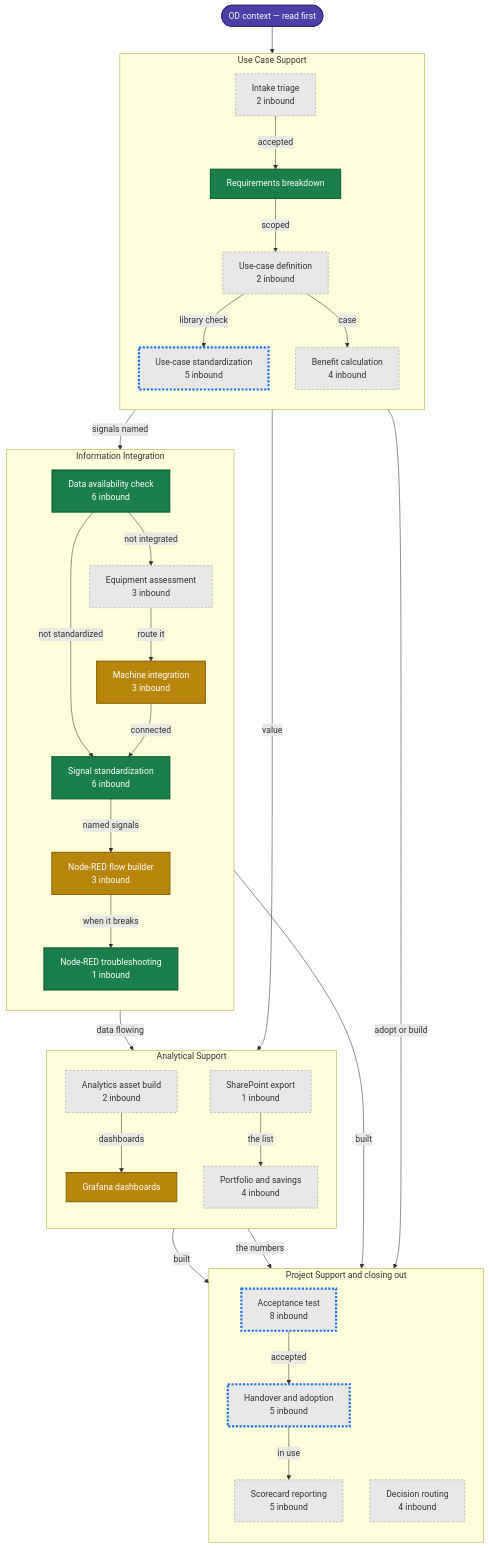
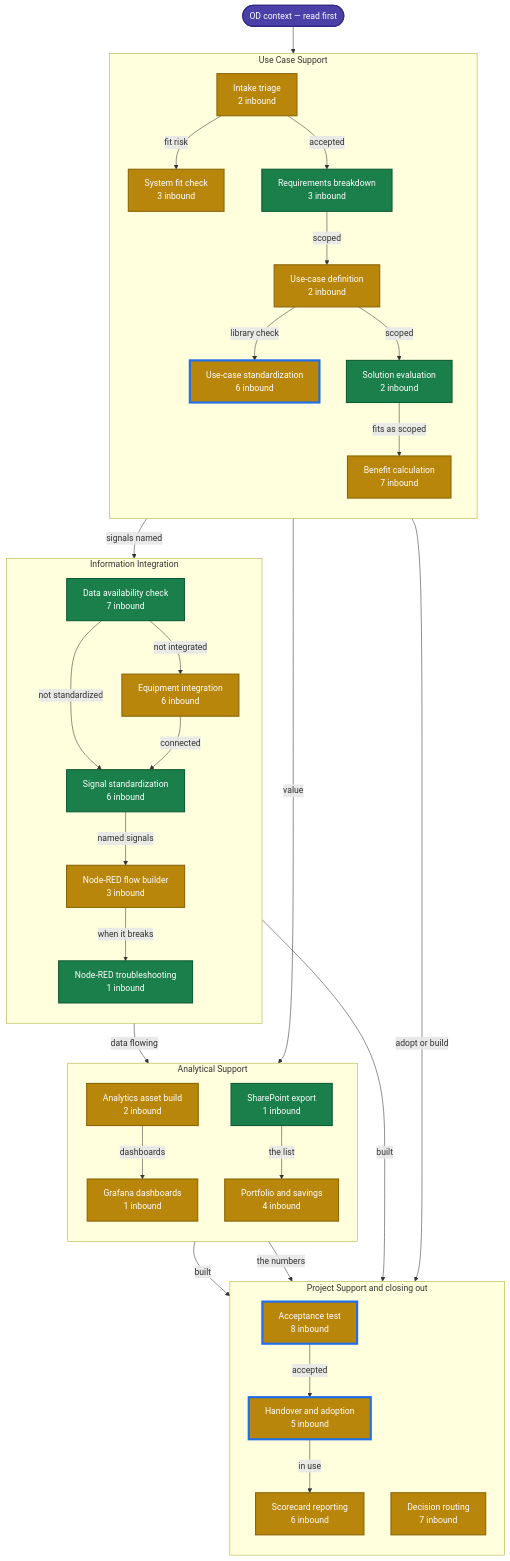
One commit to ops-digit-io/operations-digitalization-skill-registry changed the diagram in docs/skill-state-map.md. Above: the diagram before and after it, drawn with Mermaid. The commit also changed other lines of this file and 171 other files, not shown here.

````diff
--- a/docs/skill-state-map.md
+++ b/docs/skill-state-map.md
@@ -20,68 +20,69 @@
 ```mermaid
 flowchart TD
     ctx(["OD context — read first"])
     subgraph UC["Use Case Support"]
     direction TB
         od_use_case_intake_triage["Intake triage<br/>2 inbound"]
-        od_requirements_breakdown["Requirements breakdown"]
+        od_system_fit_check["System fit check<br/>3 inbound"]
+        od_requirements_breakdown["Requirements breakdown<br/>3 inbound"]
         od_use_case_definition["Use-case definition<br/>2 inbound"]
-        od_use_case_standardization["Use-case standardization<br/>5 inbound"]
-        od_benefit_calculation["Benefit calculation<br/>4 inbound"]
+        od_use_case_solution_evaluation["Solution evaluation<br/>2 inbound"]
+        od_use_case_standardization["Use-case standardization<br/>6 inbound"]
+        od_benefit_calculation["Benefit calculation<br/>7 inbound"]
     end
     subgraph II["Information Integration"]
     direction TB
-        od_data_availability_check["Data availability check<br/>6 inbound"]
-        od_equipment_integration_assessment["Equipment assessment<br/>3 inbound"]
-        od_machine_integration_guidance["Machine integration<br/>3 inbound"]
+        od_data_availability_check["Data availability check<br/>7 inbound"]
+        od_equipment_integration["Equipment integration<br/>6 inbound"]
         od_signal_standardization["Signal standardization<br/>6 inbound"]
         od_node_red_flow_builder["Node-RED flow builder<br/>3 inbound"]
         od_node_red_flow_troubleshooting["Node-RED troubleshooting<br/>1 inbound"]
     end
     subgraph AS["Analytical Support"]
     direction TB
         od_analytics_asset_build["Analytics asset build<br/>2 inbound"]
-        build_grafana_ops_dashboard["Grafana dashboards"]
+        build_grafana_ops_dashboard["Grafana dashboards<br/>1 inbound"]
         od_portfolio_and_savings_analysis["Portfolio and savings<br/>4 inbound"]
         od_sharepoint_list_export["SharePoint export<br/>1 inbound"]
     end
     subgraph PS["Project Support and closing out"]
     direction TB
         od_acceptance_test["Acceptance test<br/>8 inbound"]
         od_handover_and_adoption["Handover and adoption<br/>5 inbound"]
-        od_scorecard_reporting["Scorecard reporting<br/>5 inbound"]
-        od_decision_routing["Decision routing<br/>4 inbound"]
+        od_scorecard_reporting["Scorecard reporting<br/>6 inbound"]
+        od_decision_routing["Decision routing<br/>7 inbound"]
     end
+    od_use_case_intake_triage -->|fit risk| od_system_fit_check
     od_use_case_intake_triage -->|accepted| od_requirements_breakdown
     od_requirements_breakdown -->|scoped| od_use_case_definition
     od_requirements_breakdown -->|signals named| od_data_availability_check
     od_use_case_definition -->|library check| od_use_case_standardization
-    od_use_case_definition -->|case| od_benefit_calculation
-    od_data_availability_check -->|not integrated| od_equipment_integration_assessment
+    od_use_case_definition -->|scoped| od_use_case_solution_evaluation
+    od_use_case_solution_evaluation -->|fits as scoped| od_benefit_calculation
+    od_data_availability_check -->|not integrated| od_equipment_integration
     od_data_availability_check -->|not standardized| od_signal_standardization
-    od_equipment_integration_assessment -->|route it| od_machine_integration_guidance
-    od_machine_integration_guidance -->|connected| od_signal_standardization
+    od_equipment_integration -->|connected| od_signal_standardization
     od_signal_standardization -->|named signals| od_node_red_flow_builder
     od_node_red_flow_builder -->|when it breaks| od_node_red_flow_troubleshooting
     od_node_red_flow_builder -->|data flowing| od_analytics_asset_build
     od_analytics_asset_build -->|dashboards| build_grafana_ops_dashboard
     od_analytics_asset_build -->|built| od_acceptance_test
     od_node_red_flow_builder -->|built| od_acceptance_test
     od_acceptance_test -->|accepted| od_handover_and_adoption
     od_handover_and_adoption -->|in use| od_scorecard_reporting
     od_benefit_calculation -->|value| od_portfolio_and_savings_analysis
     od_sharepoint_list_export -->|the list| od_portfolio_and_savings_analysis
     od_portfolio_and_savings_analysis -->|the numbers| od_scorecard_reporting
     od_use_case_standardization -->|adopt or build| od_decision_routing
     ctx --> od_use_case_intake_triage
 
     classDef deep fill:#1a7f4b,stroke:#0d5c34,color:#ffffff,stroke-width:2px;
     classDef documented fill:#b8860b,stroke:#8a6508,color:#ffffff,stroke-width:2px;
     classDef stub fill:#e8e8e8,stroke:#9a9a9a,color:#333333,stroke-dasharray:4 3;
     classDef nxt stroke:#1f6feb,stroke-width:4px;
     classDef ctx fill:#4b3fa8,stroke:#332a80,color:#ffffff,stroke-width:2px;
-    class od_requirements_breakdown,od_data_availability_check,od_signal_standardization,od_node_red_flow_troubleshooting deep;
-    class build_grafana_ops_dashboard,od_machine_integration_guidance,od_node_red_flow_builder documented;
-    class od_use_case_intake_triage,od_use_case_definition,od_benefit_calculation,od_use_case_standardization,od_equipment_integration_assessment,od_acceptance_test,od_handover_and_adoption,od_analytics_asset_build,od_scorecard_reporting,od_portfolio_and_savings_analysis,od_decision_routing,od_sharepoint_list_export stub;
+    class od_requirements_breakdown,od_use_case_solution_evaluation,od_data_availability_check,od_sharepoint_list_export,od_signal_standardization,od_node_red_flow_troubleshooting deep;
+    class od_use_case_intake_triage,od_system_fit_check,od_use_case_definition,od_benefit_calculation,od_use_case_standardization,od_equipment_integration,od_acceptance_test,od_handover_and_adoption,od_analytics_asset_build,od_scorecard_reporting,od_portfolio_and_savings_analysis,od_decision_routing,build_grafana_ops_dashboard,od_node_red_flow_builder documented;
     class od_acceptance_test,od_use_case_standardization,od_handover_and_adoption nxt;
     class ctx ctx;
 ```
````
